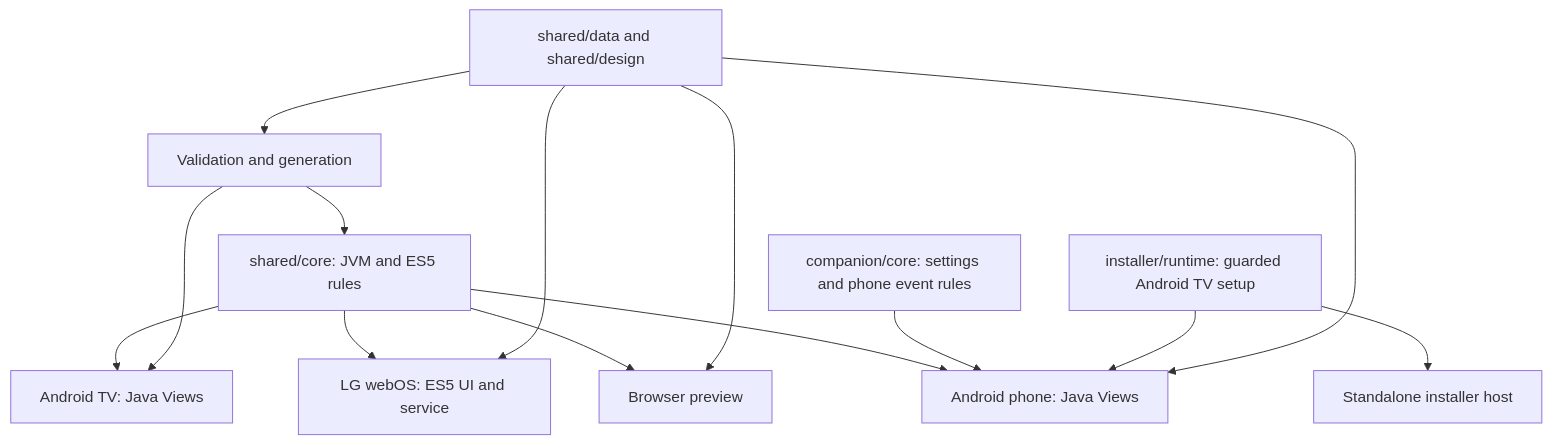
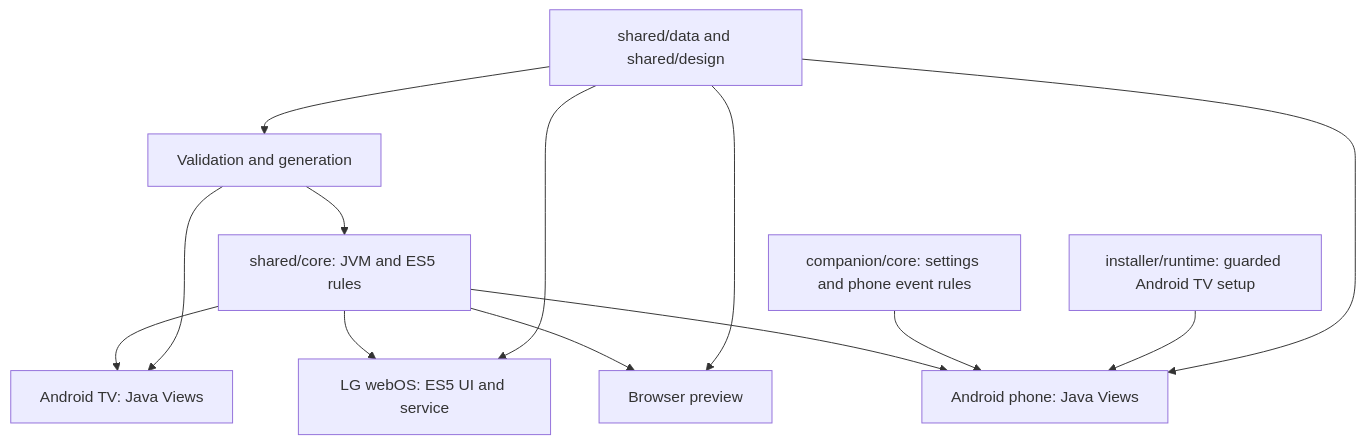
Before and after one commit to AbdelrahmanHajjaj/MiqatTV: the diagram in docs/ARCHITECTURE.md, drawn with Mermaid. The commit also changed other lines of this file and 33 other files, not shown here.

Commit message:
Retire the standalone Miqat TV installer

````diff
--- a/docs/ARCHITECTURE.md
+++ b/docs/ARCHITECTURE.md
@@ -7,16 +7,15 @@
 ```mermaid
 flowchart TD
   Core[shared/core: JVM and ES5 rules] --> Android[Android TV: Java Views]
   Core --> LG[LG webOS: ES5 UI and service]
   Core --> Preview[Browser preview]
   Core --> Phone[Android phone: Java Views]
   PhoneCore[companion/core: settings and phone event rules] --> Phone
   Installer[installer/runtime: guarded Android TV setup] --> Phone
-  Installer --> Standalone[Standalone installer host]
   Sources[shared/data and shared/design] --> Generators[Validation and generation]
   Generators --> Core
   Generators --> Android
   Sources --> LG
   Sources --> Preview
   Sources --> Phone
 ```
````
